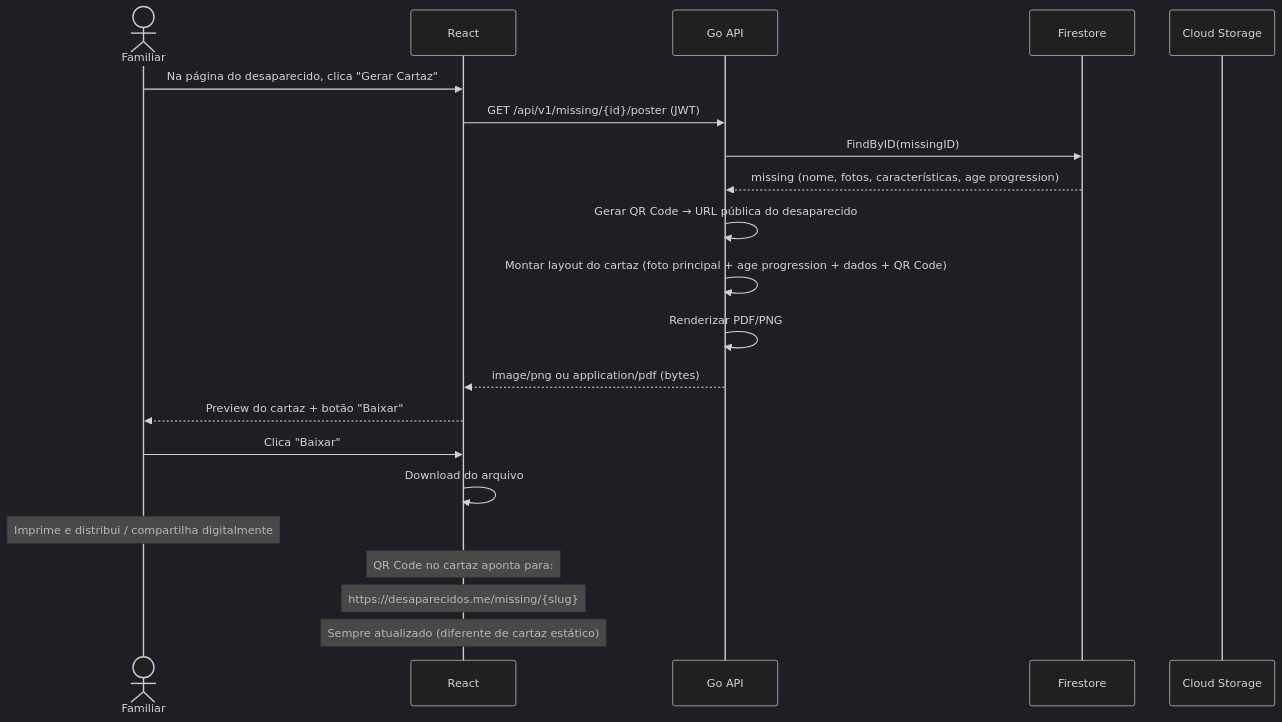
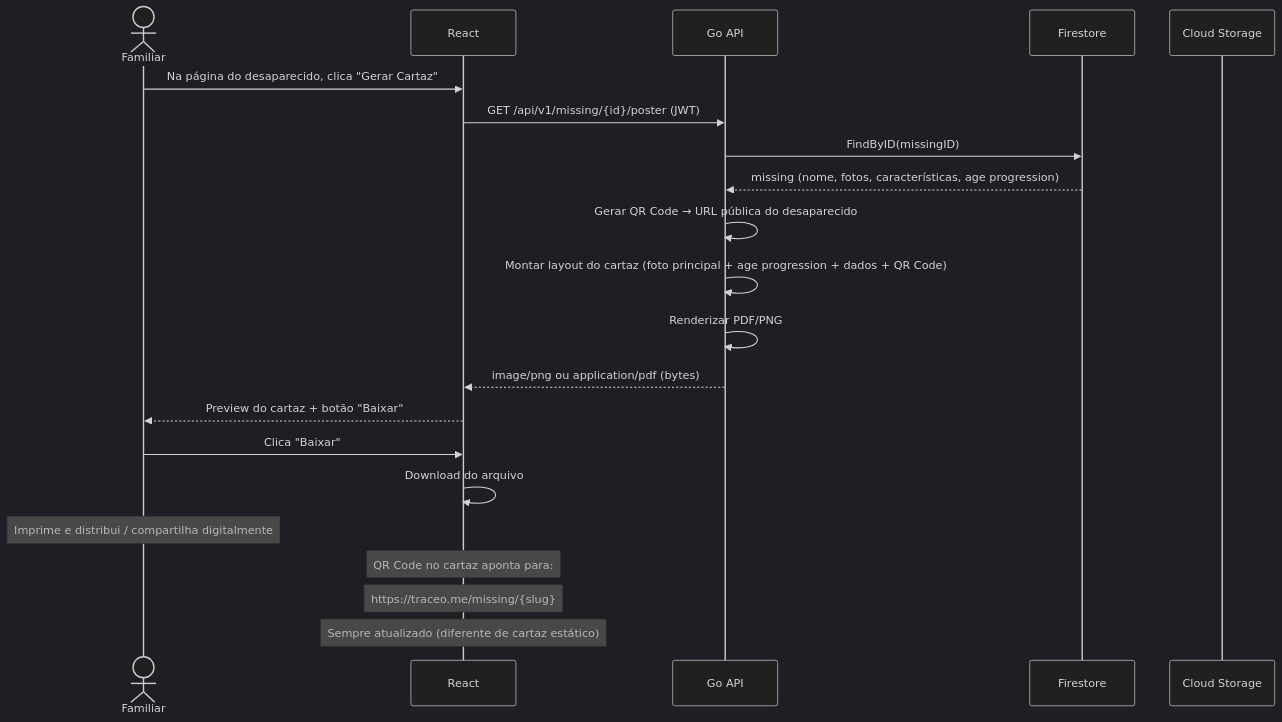
The tenth of 11 diagrams in docs/DIAGRAMAS.md (l3co/traceo), drawn with Mermaid (dark theme) before and after one commit. The commit also changed other lines of this file and 7 other files, not shown here.

First line of the commit message:
docs: rename project from Desaparecidos to Traceo

````diff
--- a/docs/DIAGRAMAS.md
+++ b/docs/DIAGRAMAS.md
@@ -848,30 +848,30 @@
 ```mermaid
 sequenceDiagram
     actor Familiar
     participant React
     participant API as Go API
     participant DB as Firestore
     participant Storage as Cloud Storage
 
     Familiar->>React: Na página do desaparecido, clica "Gerar Cartaz"
 
     React->>API: GET /api/v1/missing/{id}/poster (JWT)
     API->>DB: FindByID(missingID)
     DB-->>API: missing (nome, fotos, características, age progression)
 
     API->>API: Gerar QR Code → URL pública do desaparecido
     API->>API: Montar layout do cartaz (foto principal + age progression + dados + QR Code)
     API->>API: Renderizar PDF/PNG
 
     API-->>React: image/png ou application/pdf (bytes)
     React-->>Familiar: Preview do cartaz + botão "Baixar"
 
     Familiar->>React: Clica "Baixar"
     React->>React: Download do arquivo
 
     Note over Familiar: Imprime e distribui / compartilha digitalmente
 
     Note over React: QR Code no cartaz aponta para:
-    Note over React: https://desaparecidos.me/missing/{slug}
+    Note over React: https://traceo.me/missing/{slug}
     Note over React: Sempre atualizado (diferente de cartaz estático)
 ```
````
